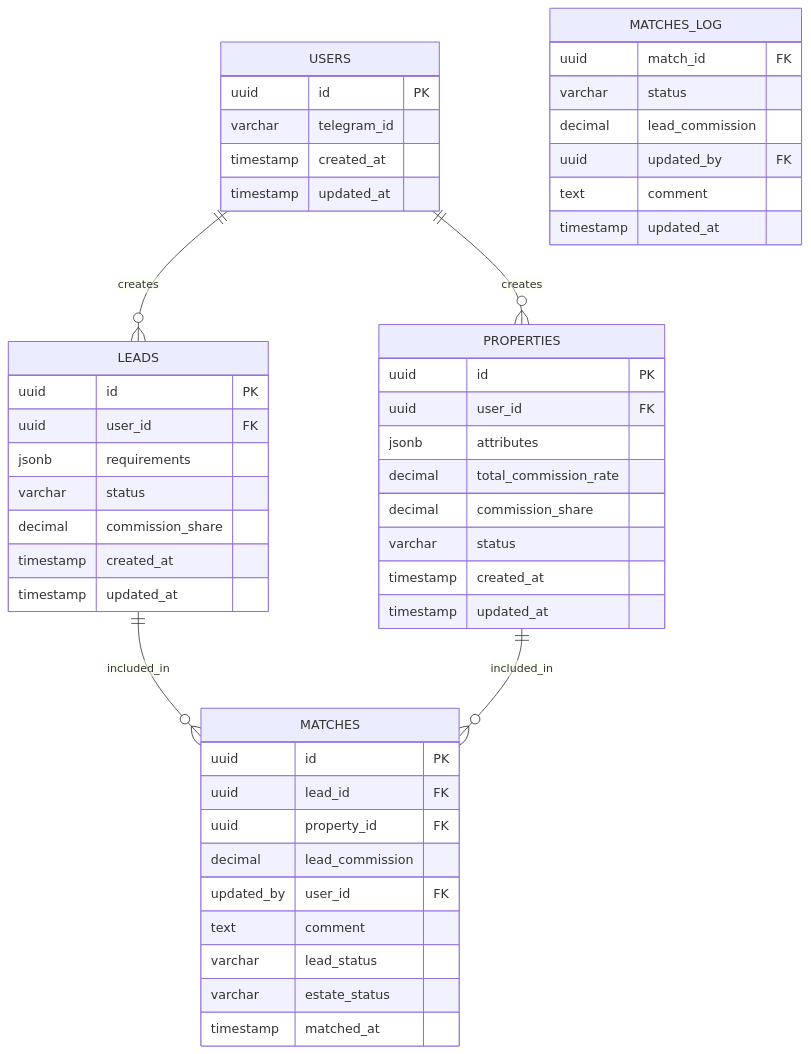
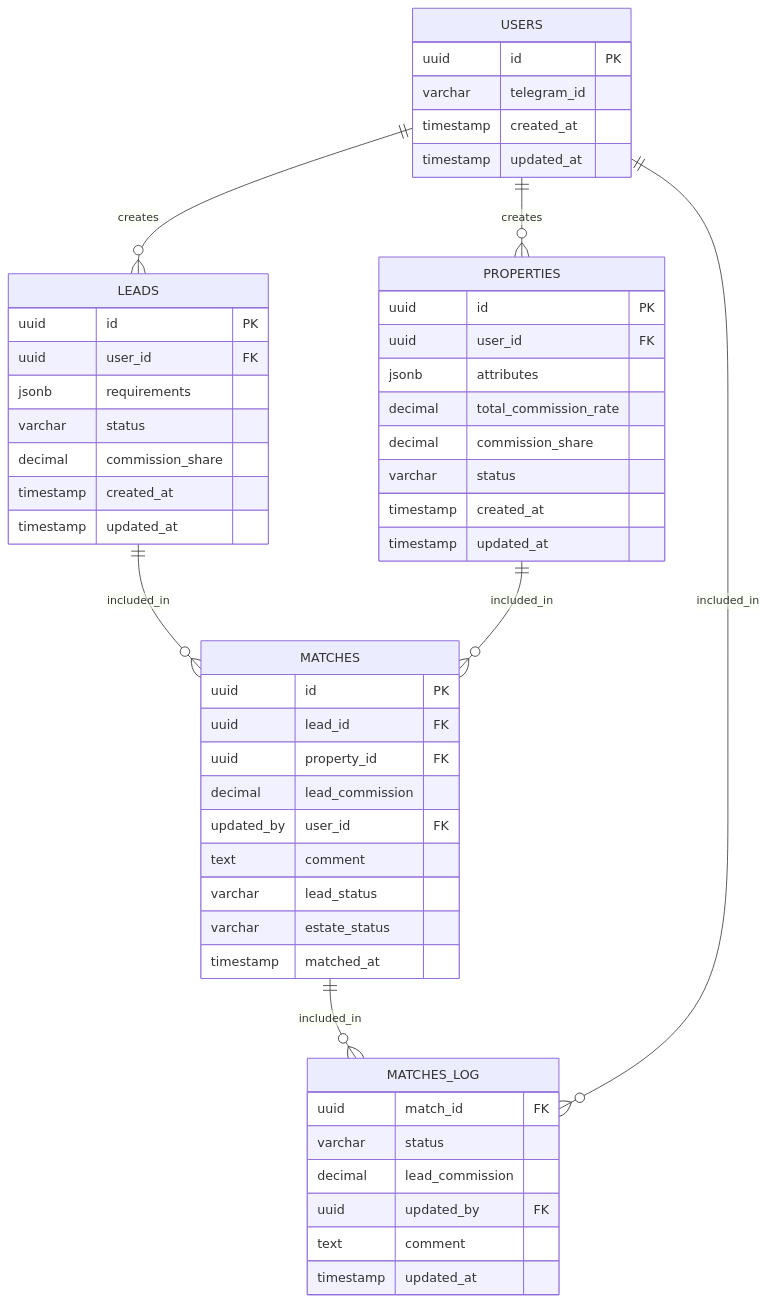
Before and after one commit to lead-exchange/docs: the third of 3 diagrams in design/architecture.md, drawn with Mermaid.

````diff
--- a/design/architecture.md
+++ b/design/architecture.md
@@ -158,56 +158,58 @@
 ```mermaid
 erDiagram
     USERS ||--o{ LEADS : creates
     USERS ||--o{ PROPERTIES : creates
     LEADS ||--o{ MATCHES : included_in
     PROPERTIES ||--o{ MATCHES : included_in
+    MATCHES ||--o{ MATCHES_LOG : included_in
+    USERS ||--o{ MATCHES_LOG : included_in
     
     USERS {
         uuid id PK
         varchar telegram_id
         timestamp created_at
         timestamp updated_at
     }
     
     LEADS {
         uuid id PK
         uuid user_id FK
         jsonb requirements
         varchar status
         decimal commission_share
         timestamp created_at
         timestamp updated_at
     }
     
     PROPERTIES {
         uuid id PK
         uuid user_id FK
         jsonb attributes
         decimal total_commission_rate
         decimal commission_share
         varchar status
         timestamp created_at
         timestamp updated_at
     }
     
     MATCHES {
         uuid id PK
         uuid lead_id FK
         uuid property_id FK
         decimal lead_commission
         updated_by user_id FK
         text comment
         varchar lead_status
         varchar estate_status
         timestamp matched_at
     }
     
     MATCHES_LOG {
     uuid match_id FK
     varchar status
     decimal lead_commission
     uuid updated_by FK
     text comment
     timestamp updated_at
     }
 ```
````
